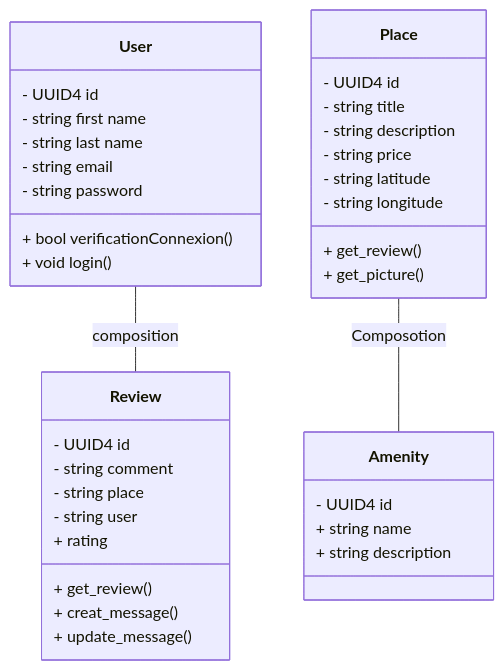
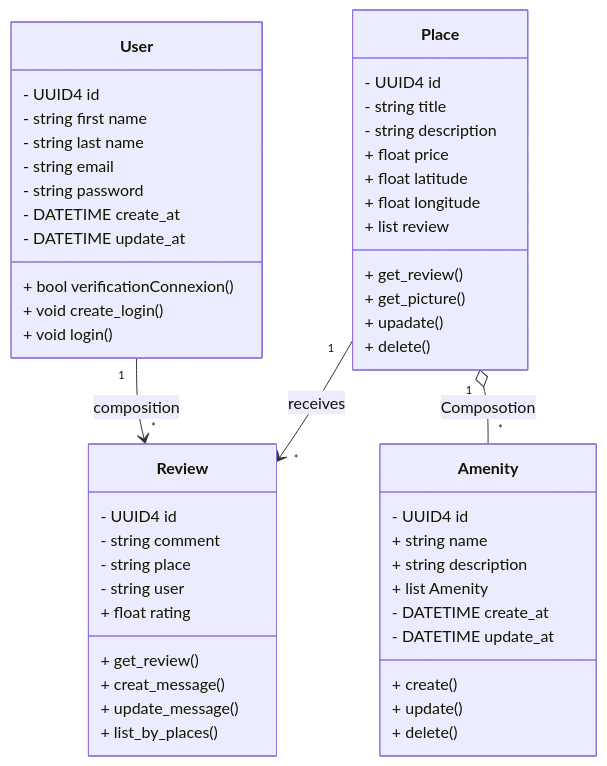
One commit to scotty800/holbertonschool-hbnb changed the diagram in part1/task_01/task_O1.mermaid. Above: the diagram before and after it, drawn with Mermaid.

Commit message:
UPDATE UML

```diff
--- a/part1/task_01/task_O1.mermaid
+++ b/part1/task_01/task_O1.mermaid
@@ -1,43 +1,57 @@
 classDiagram
     class User {
     - UUID4 id
     - string first name
     - string last name
     - string email
     - string password
+    - DATETIME create_at
+    - DATETIME update_at
     + bool verificationConnexion()
+    + void create_login()
     + void login()
 }
     class Review {
     - UUID4 id
     - string comment
     - string place
     - string user
-    + rating
+    + float rating
     + get_review()
     + creat_message()
     + update_message()
+    + list_by_places()
 }
 
-User -- Review : composition
+User "1" --> "*" Review : composition
 
 class Place {
     - UUID4 id
     - string title
     - string description
-    - string price
-    - string latitude
-    - string longitude
+    + float price
+    + float latitude
+    + float longitude
+    + list review
     + get_review()
     + get_picture()
+    + upadate()
+    + delete()
 
 }
+
+Place "1" --> "*" Review : receives
 
 class Amenity {
     - UUID4 id
     + string name
     + string description
-
+    + list Amenity
+    - DATETIME create_at
+    - DATETIME update_at
+    + create()
+    + update()
+    + delete()
 }
 
-Place -- Amenity : Composotion
+Place "1" o-- "*" Amenity : Composotion
```
